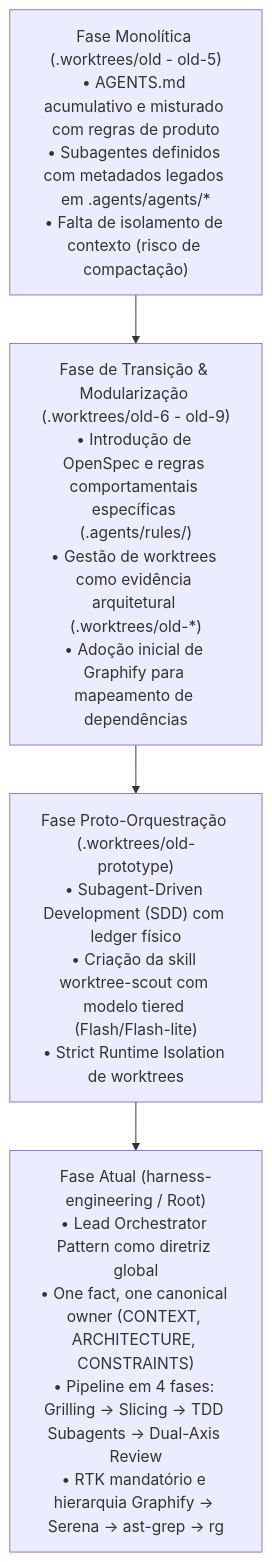
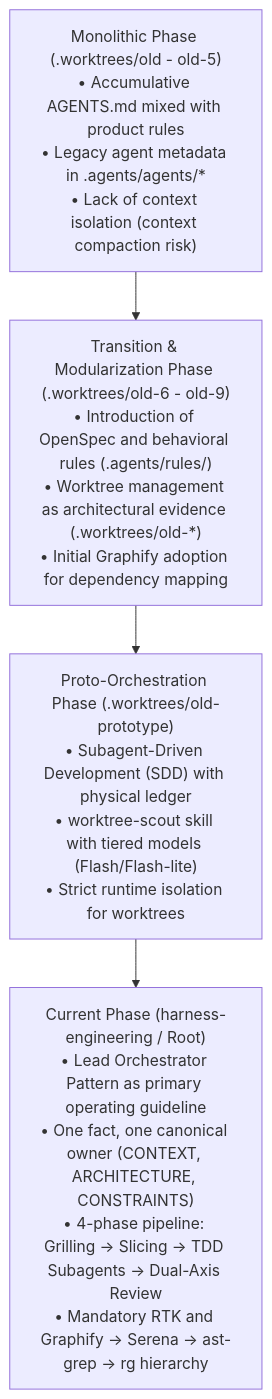
Before and after one commit to ianmaciel7/notes-app: the diagram in docs/exec-plans/worktree-orchestration-patterns-report.md, drawn with Mermaid. The commit also changed other lines of this file and 11 other files, not shown here.

First line of the commit message:
feat(agents): add orchestration rules, worktree scout skill, and english doc standard

````diff
--- a/docs/exec-plans/worktree-orchestration-patterns-report.md
+++ b/docs/exec-plans/worktree-orchestration-patterns-report.md
@@ -7,14 +7,14 @@
 ```mermaid
 flowchart TD
-    W_Old["Fase Monolítica (.worktrees/old - old-5)<br/>• AGENTS.md acumulativo e misturado com regras de produto<br/>• Subagentes definidos com metadados legados em .agents/agents/*<br/>• Falta de isolamento de contexto (risco de compactação)"]
+    W_Old["Monolithic Phase (.worktrees/old - old-5)<br/>• Accumulative AGENTS.md mixed with product rules<br/>• Legacy agent metadata in .agents/agents/*<br/>• Lack of context isolation (context compaction risk)"]
     
-    W_Inter["Fase de Transição & Modularização (.worktrees/old-6 - old-9)<br/>• Introdução de OpenSpec e regras comportamentais específicas (.agents/rules/)<br/>• Gestão de worktrees como evidência arquitetural (.worktrees/old-*)<br/>• Adoção inicial de Graphify para mapeamento de dependências"]
+    W_Inter["Transition & Modularization Phase (.worktrees/old-6 - old-9)<br/>• Introduction of OpenSpec and behavioral rules (.agents/rules/)<br/>• Worktree management as architectural evidence (.worktrees/old-*)<br/>• Initial Graphify adoption for dependency mapping"]
     
-    W_Proto["Fase Proto-Orquestração (.worktrees/old-prototype)<br/>• Subagent-Driven Development (SDD) com ledger físico<br/>• Criação da skill worktree-scout com modelo tiered (Flash/Flash-lite)<br/>• Strict Runtime Isolation de worktrees"]
+    W_Proto["Proto-Orchestration Phase (.worktrees/old-prototype)<br/>• Subagent-Driven Development (SDD) with physical ledger<br/>• worktree-scout skill with tiered models (Flash/Flash-lite)<br/>• Strict runtime isolation for worktrees"]
     
-    W_Current["Fase Atual (harness-engineering / Root)<br/>• Lead Orchestrator Pattern como diretriz global<br/>• One fact, one canonical owner (CONTEXT, ARCHITECTURE, CONSTRAINTS)<br/>• Pipeline em 4 fases: Grilling -> Slicing -> TDD Subagents -> Dual-Axis Review<br/>• RTK mandatório e hierarquia Graphify -> Serena -> ast-grep -> rg"]
+    W_Current["Current Phase (harness-engineering / Root)<br/>• Lead Orchestrator Pattern as primary operating guideline<br/>• One fact, one canonical owner (CONTEXT, ARCHITECTURE, CONSTRAINTS)<br/>• 4-phase pipeline: Grilling -> Slicing -> TDD Subagents -> Dual-Axis Review<br/>• Mandatory RTK and Graphify -> Serena -> ast-grep -> rg hierarchy"]
 
     W_Old --> W_Inter
     W_Inter --> W_Proto
     W_Proto --> W_Current
 ```
````
